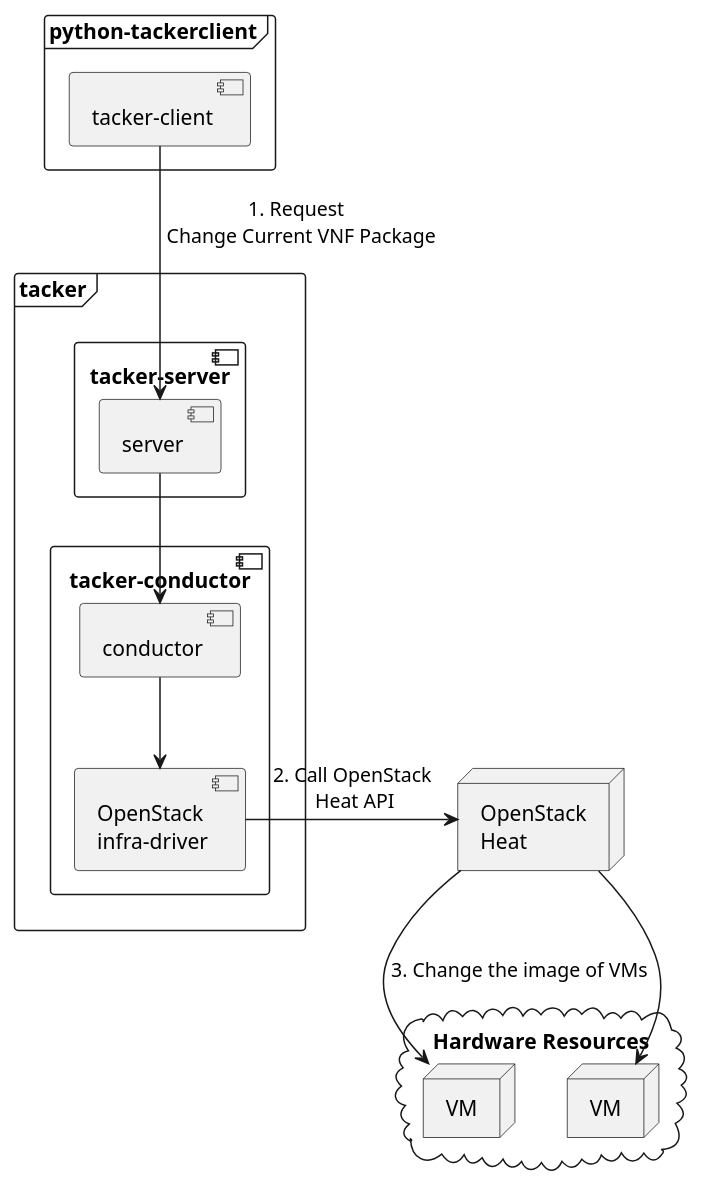
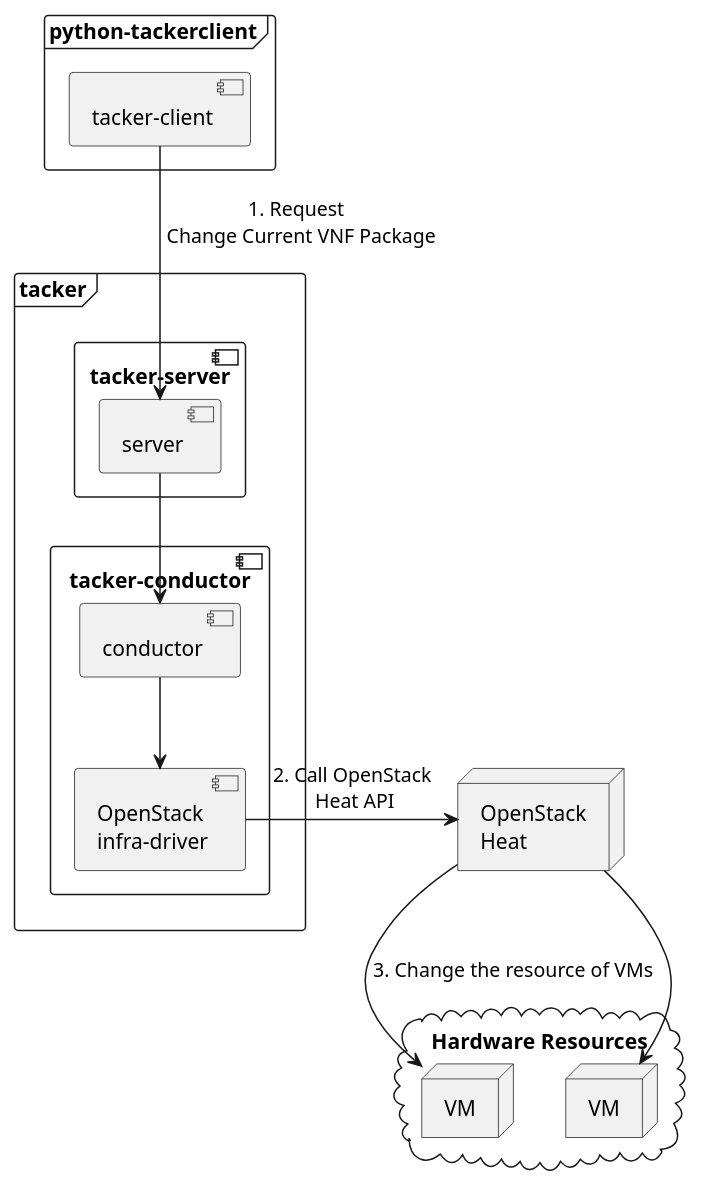
The diagram in doc/source/_images/etsi_vnf_change_current_vnf_package.pu (openstack/tacker), drawn with PlantUML before and after one commit. The commit also changed 3 other files, not shown here.

```diff
--- a/doc/source/_images/etsi_vnf_change_current_vnf_package.pu
+++ b/doc/source/_images/etsi_vnf_change_current_vnf_package.pu
@@ -1,33 +1,33 @@
 @startuml
 
 frame "python-tackerclient" {
 	component "tacker-client" as client
 }
 
 frame "tacker" {
 	component "tacker-server" {
 		component "server" as serv
 	}
 	component "tacker-conductor" {
 		component "conductor" as cond
 		component "OpenStack\ninfra-driver" as infra
 	}
 }
 
 node "OpenStack\nHeat" as heat
 cloud "Hardware Resources" as hw {
 	node "VM" as ins1
 	node "VM" as ins2
 }
 
 
 '# Relationships
 client --> serv: 1. Request \n Change Current VNF Package
 serv --> cond
 cond --> infra
 infra -right-> heat: 2. Call OpenStack\n Heat API
-heat --> ins1: 3. Change the image of VMs
+heat --> ins1: 3. Change the resource of VMs
 heat --> ins2
 ins1 -[hidden]right-> ins2
 
 @enduml
```
